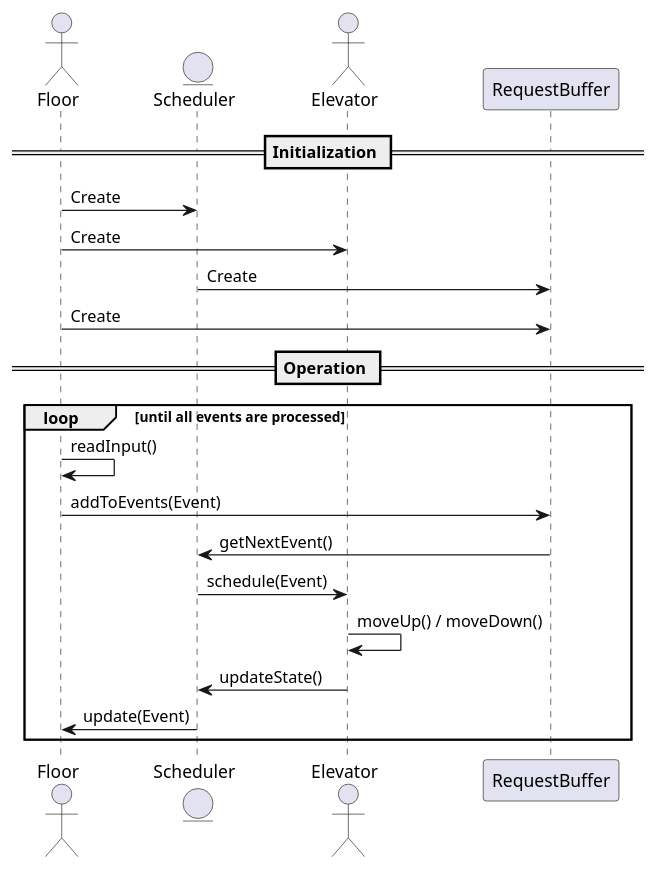
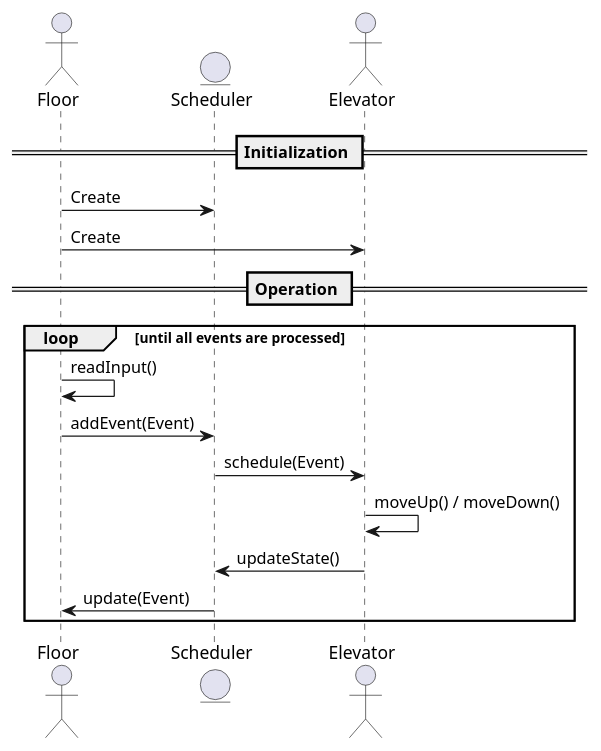
One commit to ruiunknownrui/ElevatorSimulator changed the diagram in UML-Diagrams/plantUML-code/sequence_diagram.puml. Above: the diagram before and after it, drawn with PlantUML. The commit also changed 3 other files, not shown here.

Commit message:
Updated UML diagrams

```diff
--- a/UML-Diagrams/plantUML-code/sequence_diagram.puml
+++ b/UML-Diagrams/plantUML-code/sequence_diagram.puml
@@ -1,22 +1,19 @@
 @startuml
 actor Floor
 entity Scheduler
 actor Elevator
 
 == Initialization ==
 Floor -> Scheduler: Create
 Floor -> Elevator: Create
-Scheduler -> RequestBuffer: Create
-Floor -> RequestBuffer: Create
 
 == Operation ==
 loop until all events are processed
     Floor -> Floor: readInput()
-    Floor -> RequestBuffer: addToEvents(Event)
-    RequestBuffer -> Scheduler: getNextEvent()
+    Floor -> Scheduler: addEvent(Event)
     Scheduler -> Elevator: schedule(Event)
     Elevator -> Elevator: moveUp() / moveDown()
     Elevator -> Scheduler: updateState()
     Scheduler -> Floor: update(Event)
 end
 @enduml
```
